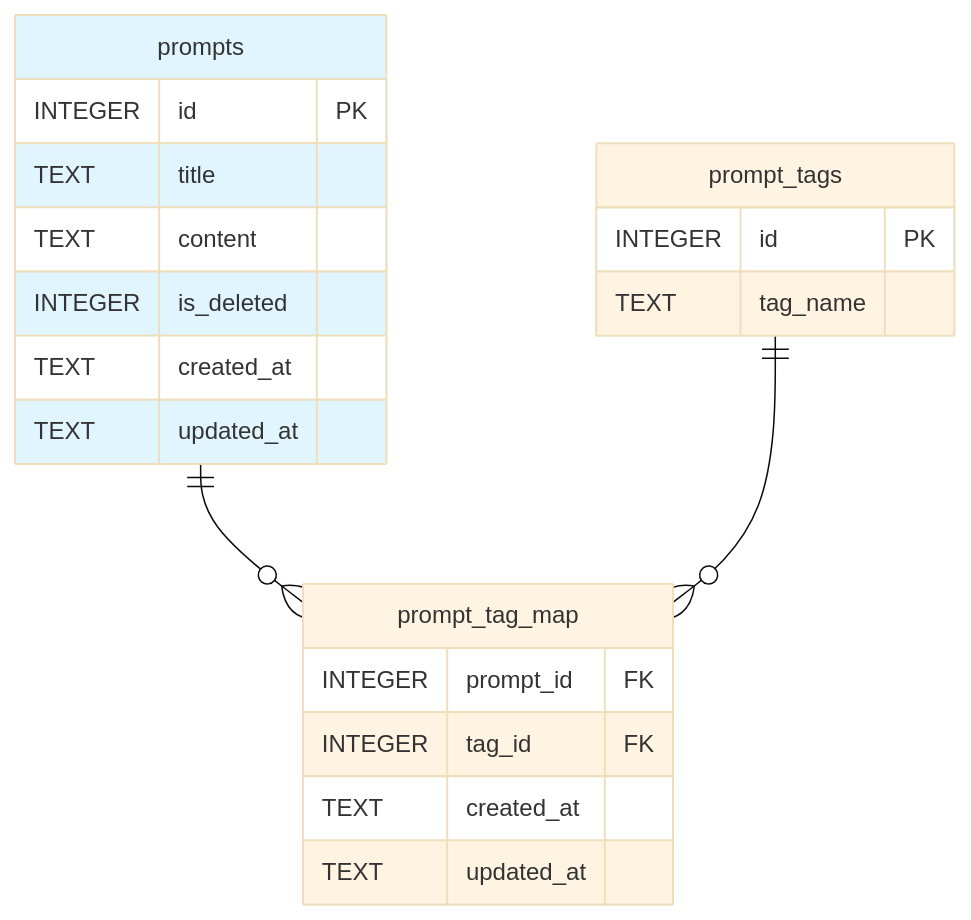
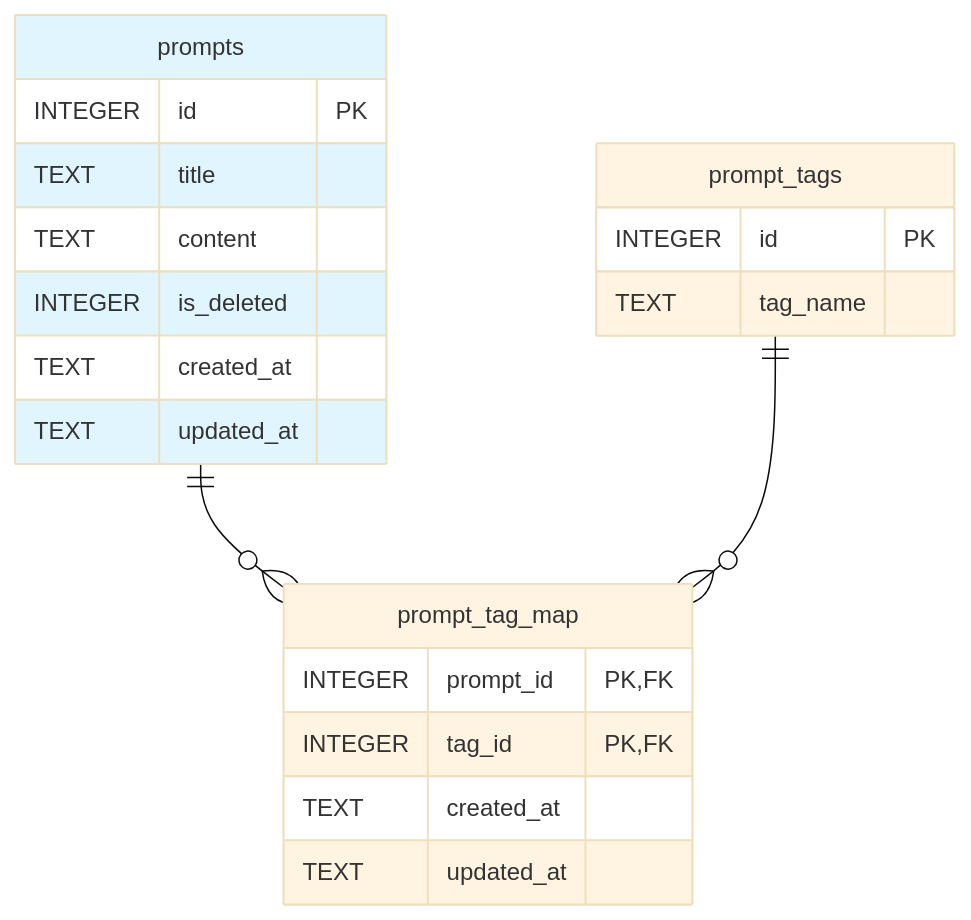
One commit to kuronyanko1108/prompt-manager changed the diagram in docs/04_ER_diagram.md. Above: the diagram before and after it, drawn with Mermaid (base theme). The commit also changed other lines of this file and 1 other file, not shown here.

Commit message:
ER図追加

````diff
--- a/docs/04_ER_diagram.md
+++ b/docs/04_ER_diagram.md
@@ -2,30 +2,30 @@
 ```mermaid
 erDiagram
     prompts {
         INTEGER id PK
         TEXT title 
         TEXT content
         INTEGER is_deleted
         TEXT created_at
         TEXT updated_at
     }
 
     prompt_tag_map {
-        INTEGER prompt_id FK
-        INTEGER tag_id FK
-        TEXT created_at
-        TEXT updated_at
+        INTEGER prompt_id PK,FK
+        INTEGER tag_id PK,FK
+        TEXT created_at  
+        TEXT updated_at  
     }
 
     prompt_tags {
         INTEGER id PK
         TEXT tag_name 
     }
 
      prompts ||--o{ prompt_tag_map : ""
      prompt_tags ||--o{ prompt_tag_map : ""
 
     style prompts fill:#e1f5ff
     style prompt_tag_map fill:#fff4e1
     style prompt_tags fill:#fff4e1
 ```
````
